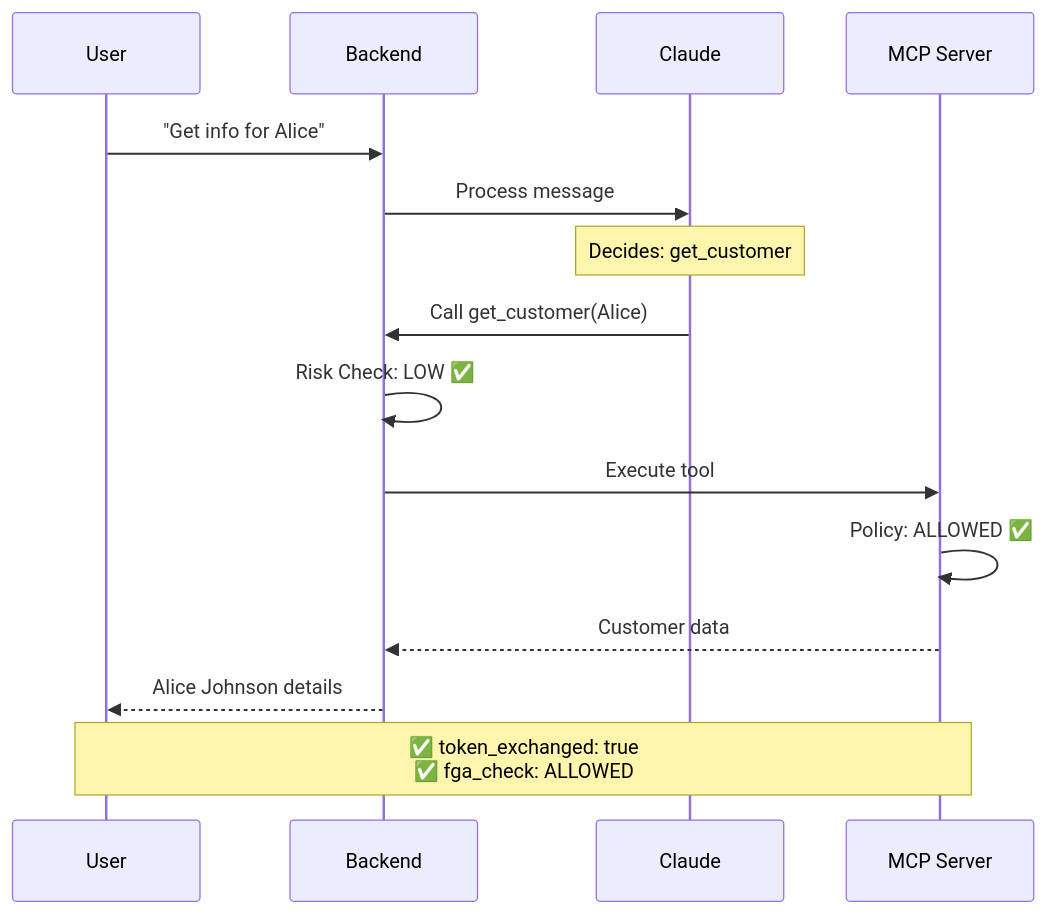
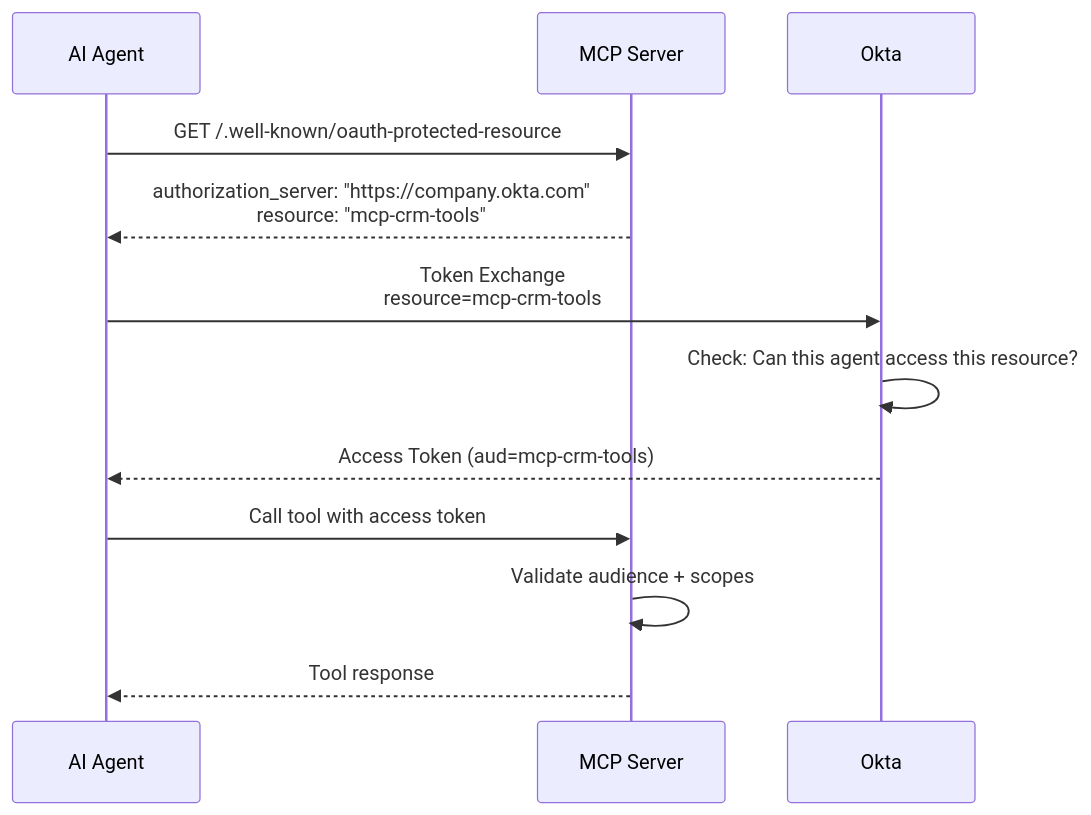
The third of 12 diagrams in DOCUMENTATION.md (kunkol/okta-ai-agent-demo), drawn with Mermaid before and after one commit. The commit also changed other lines of this file, not shown here.

Commit message:
Update documentation with customer security outcomes

````diff
--- a/DOCUMENTATION.md
+++ b/DOCUMENTATION.md
@@ -313,19 +104,15 @@
 ```mermaid
 sequenceDiagram
-    participant U as User
-    participant B as Backend
-    participant C as Claude
-    participant M as MCP Server
-    
-    U->>B: "Get info for Alice"
-    B->>C: Process message
-    Note over C: Decides: get_customer
-    C->>B: Call get_customer(Alice)
-    B->>B: Risk Check: LOW ✅
-    B->>M: Execute tool
-    M->>M: Policy: ALLOWED ✅
-    M-->>B: Customer data
-    B-->>U: Alice Johnson details
-    
-    Note over U,M: ✅ token_exchanged: true<br/>✅ fga_check: ALLOWED
+    participant Agent as AI Agent
+    participant MCP as MCP Server
+    participant Okta as Okta
+
+    Agent->>MCP: GET /.well-known/oauth-protected-resource
+    MCP-->>Agent: authorization_server: "https://company.okta.com"<br/>resource: "mcp-crm-tools"
+    Agent->>Okta: Token Exchange<br/>resource=mcp-crm-tools
+    Okta->>Okta: Check: Can this agent access this resource?
+    Okta-->>Agent: Access Token (aud=mcp-crm-tools)
+    Agent->>MCP: Call tool with access token
+    MCP->>MCP: Validate audience + scopes
+    MCP-->>Agent: Tool response
 ```
````
